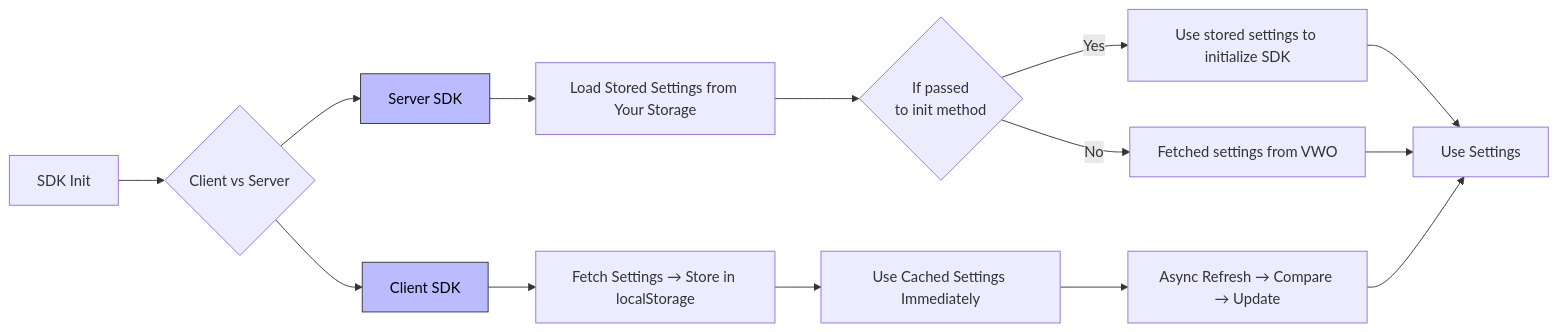
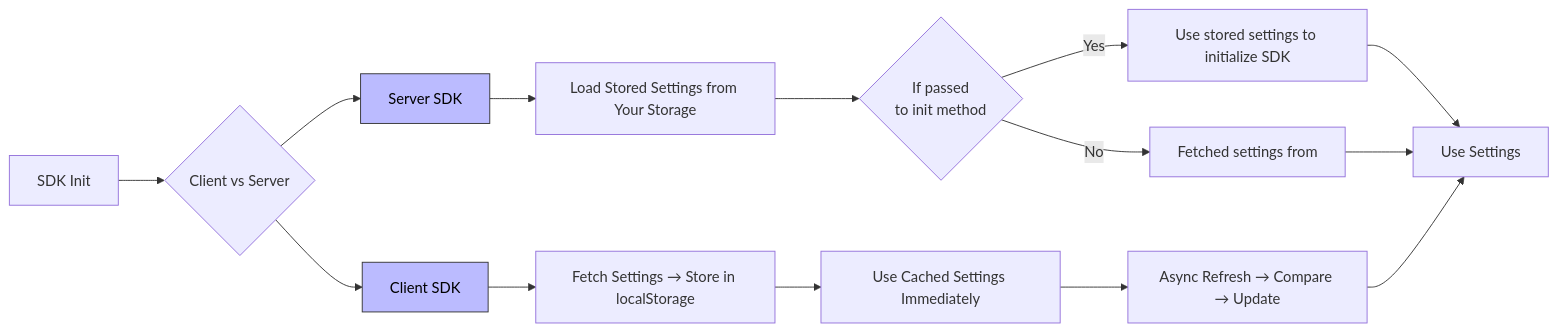
The third of 3 diagrams in docs/Best Practices/fme-sdks-caching.md (wingify/readme-central), drawn with Mermaid before and after one commit. The commit also changed other lines of this file and 232 other files, not shown here.

````diff
--- a/docs/Best Practices/fme-sdks-caching.md
+++ b/docs/Best Practices/fme-sdks-caching.md
@@ -194,25 +194,25 @@
 ```mermaid
 graph LR
   A[SDK Init] --> B{Client vs Server}
   B --> C[Client SDK]
   B --> D[Server SDK]
   C --> E[Fetch Settings → Store in localStorage]
   E --> F[Use Cached Settings Immediately]
   F --> G[Async Refresh → Compare → Update]
   D --> H[Load Stored Settings from Your Storage]
   H --> I{If passed<br/>to init method}
   I -->|Yes| J[Use stored settings to initialize SDK]
-  I -->|No| K[Fetched settings from VWO]
+  I -->|No| K[Fetched settings from]
   J --> L[Use Settings]
   K --> L
   G --> L
 
   %% Assign classes
   class C client
   class D server
 
   %% Define styles
   classDef client fill:#bbf,stroke:#333,stroke-width:1px,color:#000
   classDef server fill:#bbf,stroke:#333,stroke-width:1px,color:#000
 
 ```
````
